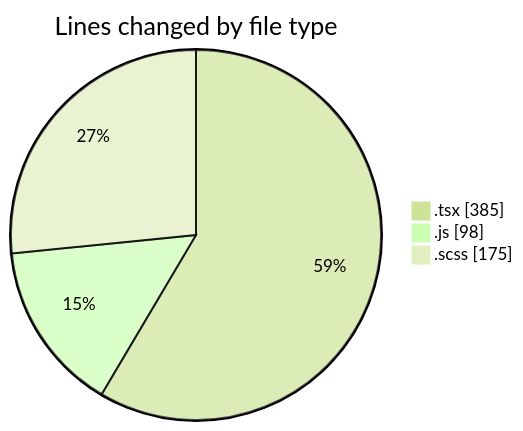
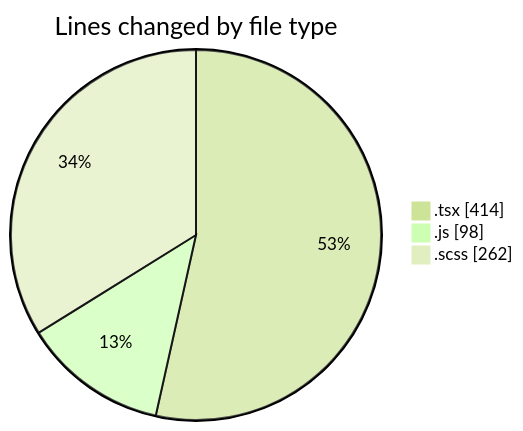
Before and after one commit to momahboobian/code-tracking: the first of 2 diagrams in 2025-03-31/cda/README.md, drawn with Mermaid (forest theme). The commit also changed other lines of this file and 1 other file, not shown here.

````diff
--- a/2025-03-31/cda/README.md
+++ b/2025-03-31/cda/README.md
@@ -25,7 +25,7 @@
 ```mermaid
 pie showData
 title Lines changed by file type
-".tsx" : 385
+".tsx" : 414
 ".js" : 98
-".scss" : 175
+".scss" : 262
 ```
````
